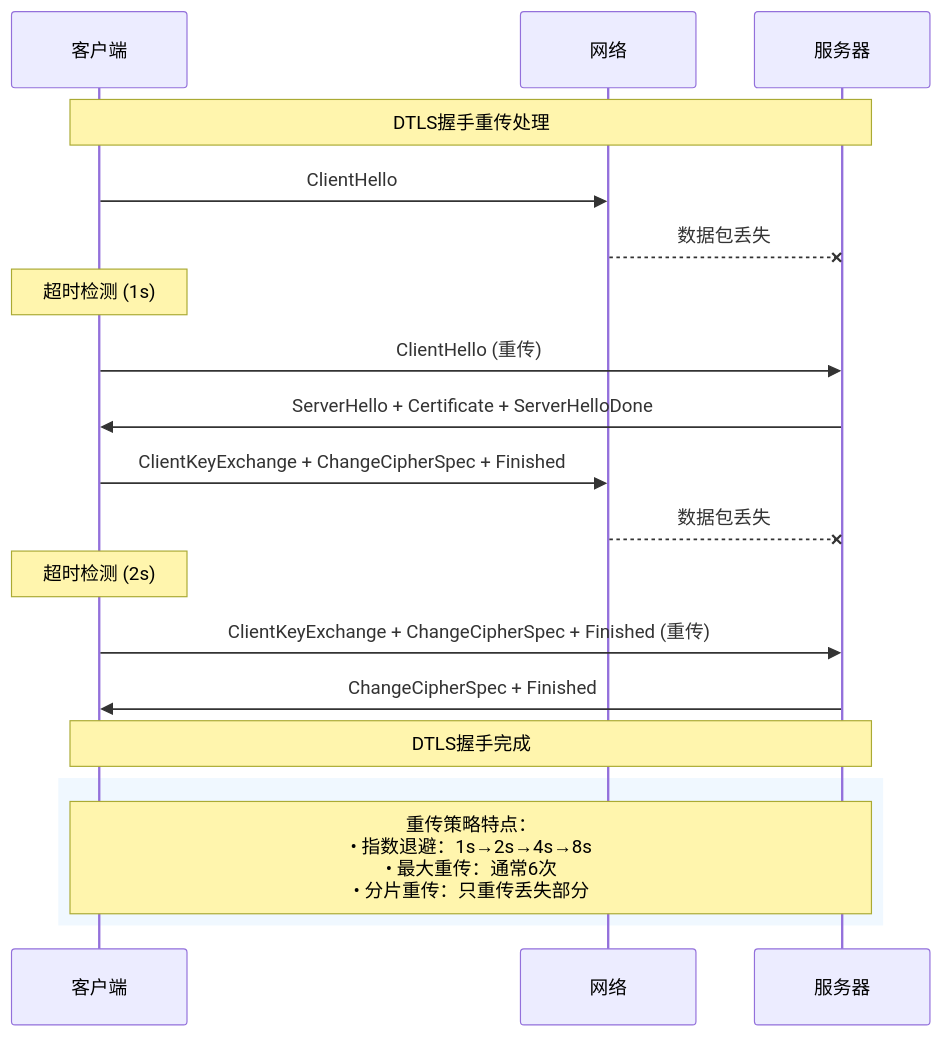
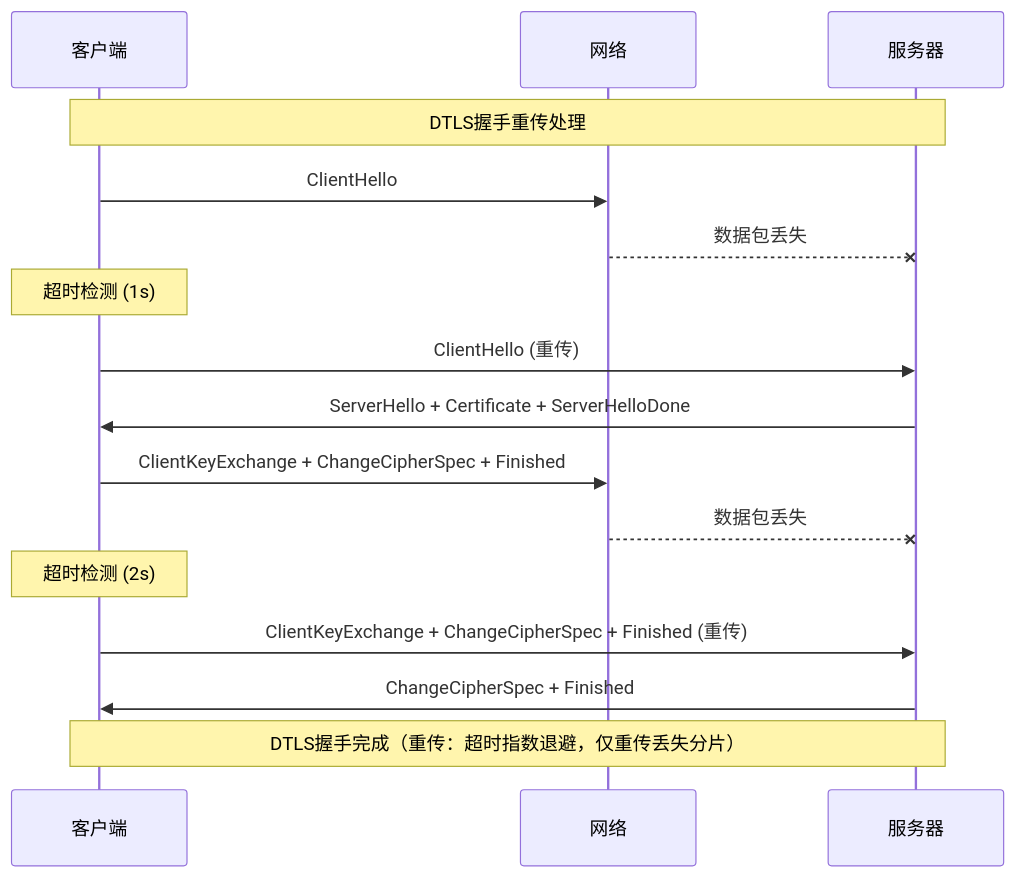
Diagram 11 of 11 in 计算机网络/3.7传输层：现代传输技术.md (Dtheme/CS-base), drawn with Mermaid before and after one commit. The commit also changed other lines of this file and 51 other files, not shown here.

````diff
--- a/计算机网络/3.7传输层：现代传输技术.md
+++ b/计算机网络/3.7传输层：现代传输技术.md
@@ -612,28 +431,24 @@
 ```mermaid
 sequenceDiagram
     participant C as 客户端
     participant N as 网络
     participant S as 服务器
     
     Note over C,S: DTLS握手重传处理
     
     C->>N: ClientHello
     N--xS: 数据包丢失
     Note over C: 超时检测 (1s)
     
     C->>S: ClientHello (重传)
     S->>C: ServerHello + Certificate + ServerHelloDone
     
     C->>N: ClientKeyExchange + ChangeCipherSpec + Finished
     N--xS: 数据包丢失
     Note over C: 超时检测 (2s)
     
     C->>S: ClientKeyExchange + ChangeCipherSpec + Finished (重传)
     S->>C: ChangeCipherSpec + Finished
-    
-    Note over C,S: DTLS握手完成
-    
-    rect rgb(240, 248, 255)
-        Note over C,S: 重传策略特点：<br/>• 指数退避：1s→2s→4s→8s<br/>• 最大重传：通常6次<br/>• 分片重传：只重传丢失部分
-    end
+
+    Note over C,S: DTLS握手完成（重传：超时指数退避，仅重传丢失分片）
 ```
````
